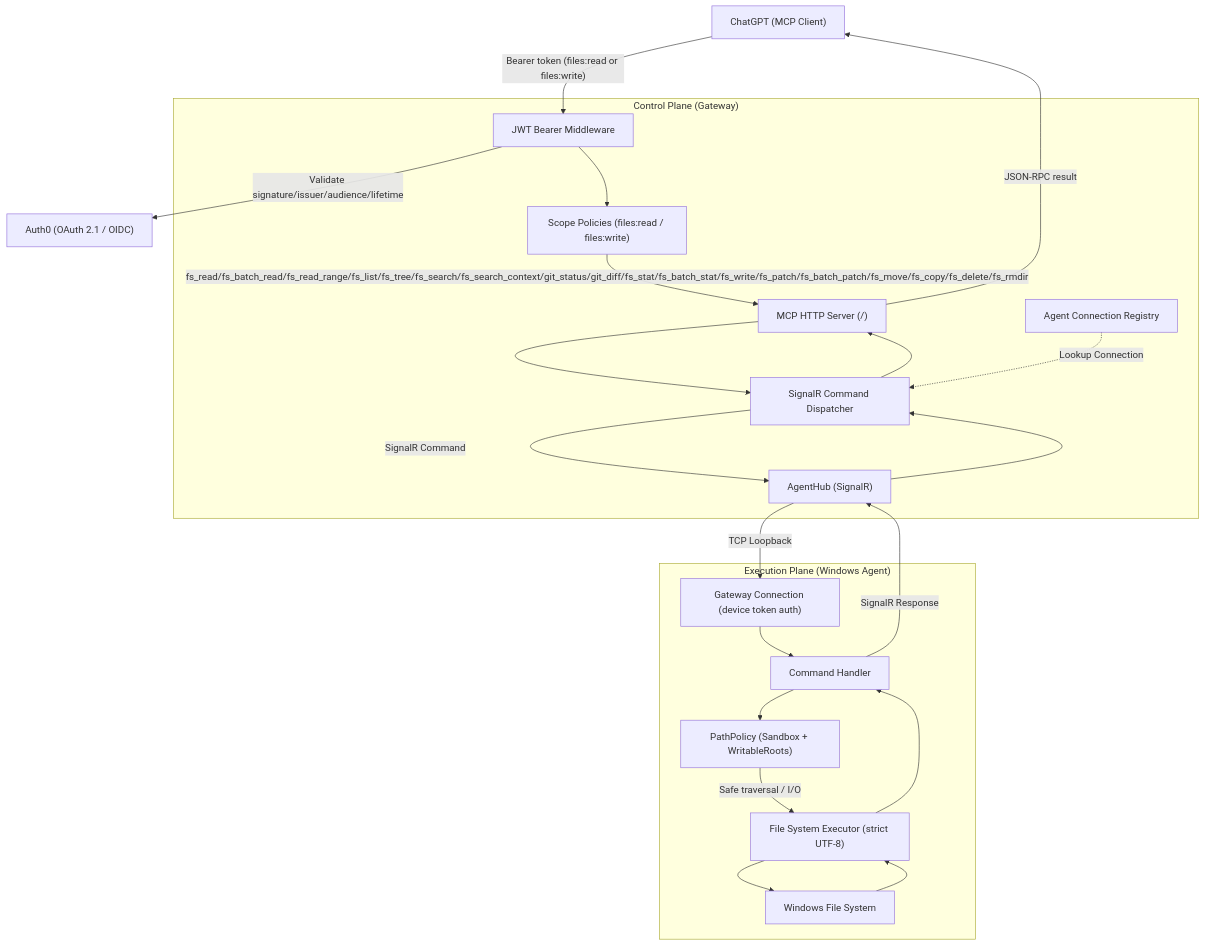
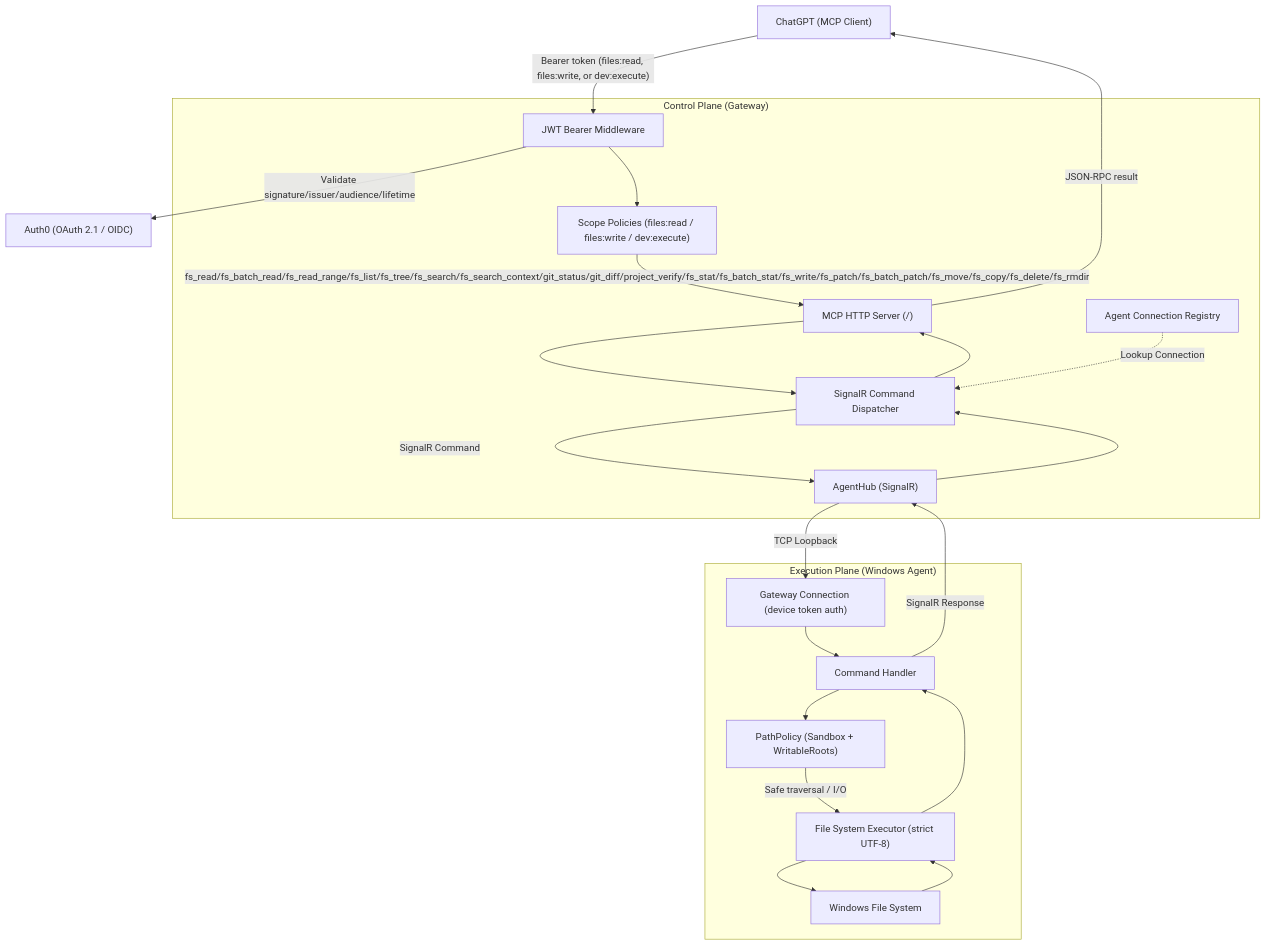
One commit to thanhdiner/Agent-Bridge changed the diagram in README.md. Above: the diagram before and after it, drawn with Mermaid. The commit also changed other lines of this file and 18 other files, not shown here.

````diff
--- a/README.md
+++ b/README.md
@@ -9,41 +9,41 @@
 ```mermaid
 graph TD
     Client["ChatGPT (MCP Client)"]
     Auth0["Auth0 (OAuth 2.1 / OIDC)"]
 
     subgraph ControlPlane["Control Plane (Gateway)"]
         McpServer["MCP HTTP Server (/)"]
         Registry["Agent Connection Registry"]
         Dispatcher["SignalR Command Dispatcher"]
         Hub["AgentHub (SignalR)"]
         JwtMiddleware["JWT Bearer Middleware"]
-        ScopePolicies["Scope Policies (files:read / files:write)"]
+        ScopePolicies["Scope Policies (files:read / files:write / dev:execute)"]
     end
 
     subgraph ExecutionPlane["Execution Plane (Windows Agent)"]
         Conn["Gateway Connection (device token auth)"]
         Handler["Command Handler"]
         Sandbox["PathPolicy (Sandbox + WritableRoots)"]
         Executor["File System Executor (strict UTF-8)"]
         Disk["Windows File System"]
     end
 
-    Client -->|"Bearer token (files:read or files:write)"| JwtMiddleware
+    Client -->|"Bearer token (files:read, files:write, or dev:execute)"| JwtMiddleware
     JwtMiddleware -->|Validate signature/issuer/audience/lifetime| Auth0
     JwtMiddleware --> ScopePolicies
-    ScopePolicies -->|fs_read/fs_batch_read/fs_read_range/fs_list/fs_tree/fs_search/fs_search_context/git_status/git_diff/fs_stat/fs_batch_stat/fs_write/fs_patch/fs_batch_patch/fs_move/fs_copy/fs_delete/fs_rmdir| McpServer
+    ScopePolicies -->|fs_read/fs_batch_read/fs_read_range/fs_list/fs_tree/fs_search/fs_search_context/git_status/git_diff/project_verify/fs_stat/fs_batch_stat/fs_write/fs_patch/fs_batch_patch/fs_move/fs_copy/fs_delete/fs_rmdir| McpServer
     McpServer --> Dispatcher
     Registry -.->|Lookup Connection| Dispatcher
     Dispatcher -->|SignalR Command| Hub
     Hub -->|TCP Loopback| Conn
     Conn --> Handler
     Handler --> Sandbox
     Sandbox -->|Safe traversal / I/O| Executor
     Executor --> Disk
     Disk --> Executor
     Executor --> Handler
     Handler -->|SignalR Response| Hub
     Hub --> Dispatcher
     Dispatcher --> McpServer
     McpServer -->|JSON-RPC result| Client
 ```
````
